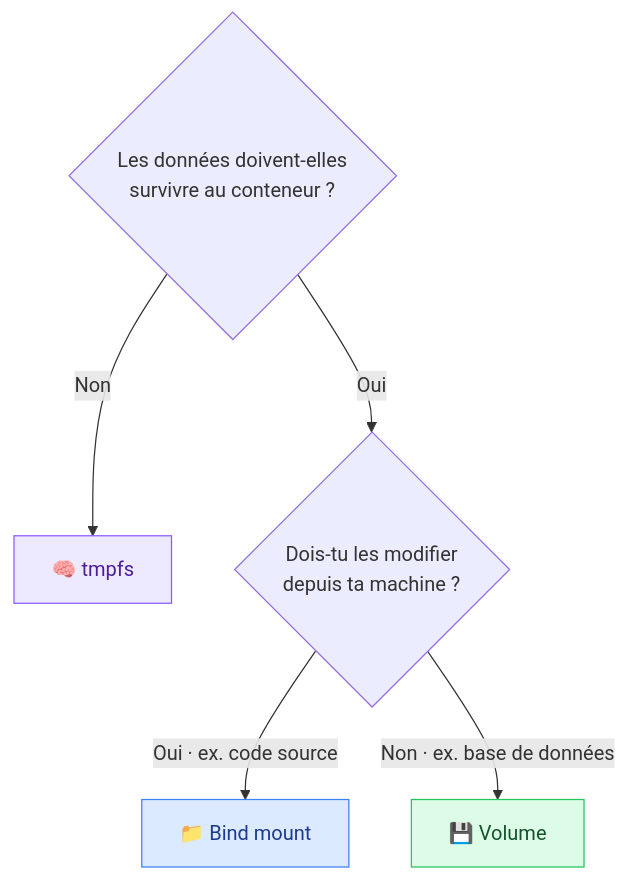
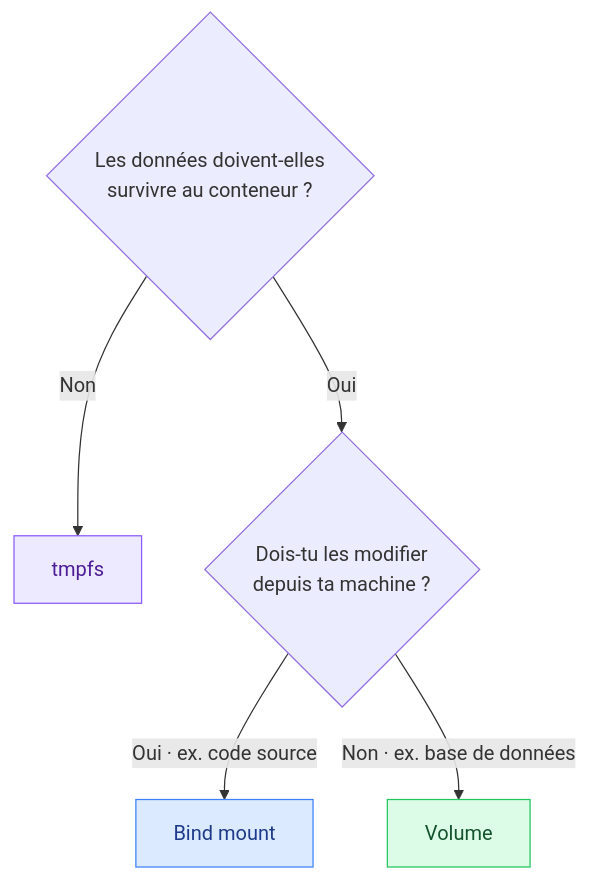
The fourth of 4 diagrams in methodologie-securite-it/docker/06-volumes.md (GoobyWoobies/HEIA-IT), drawn with Mermaid before and after one commit. The commit also changed other lines of this file and 24 other files, not shown here.

````diff
--- a/methodologie-securite-it/docker/06-volumes.md
+++ b/methodologie-securite-it/docker/06-volumes.md
@@ -326,12 +326,12 @@
 ```mermaid
 flowchart TD
     Q1{"Les données doivent-elles<br/>survivre au conteneur ?"}
-    Q1 -->|Non| T["🧠 tmpfs"]
+    Q1 -->|Non| T["tmpfs"]
     Q1 -->|Oui| Q2{"Dois-tu les modifier<br/>depuis ta machine ?"}
-    Q2 -->|"Oui · ex. code source"| B["📁 Bind mount"]
-    Q2 -->|"Non · ex. base de données"| V["💾 Volume"]
+    Q2 -->|"Oui · ex. code source"| B["Bind mount"]
+    Q2 -->|"Non · ex. base de données"| V["Volume"]
 
     style T fill:#ede9fe,stroke:#8b5cf6,color:#4c1d95
     style B fill:#dbeafe,stroke:#3b82f6,color:#1e3a8a
     style V fill:#dcfce7,stroke:#22c55e,color:#14532d
 ```
````
